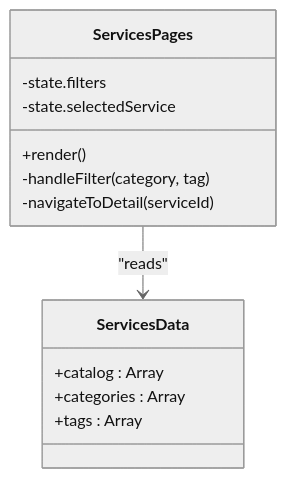
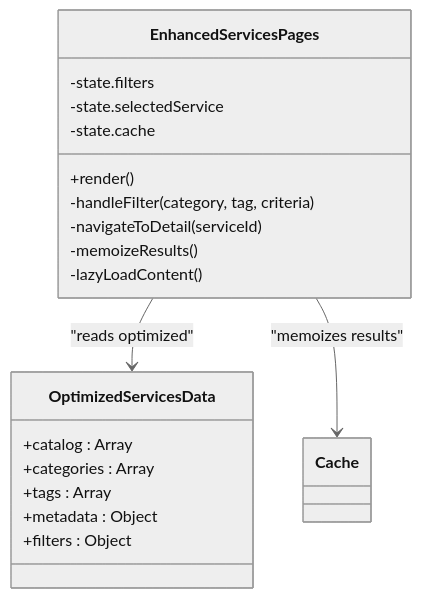
One commit to Theja4/podiummomentum changed the third of 4 diagrams in .qoder/repowiki/en/content/Component Architecture/Service Management Components.md. Above: the diagram before and after it, drawn with Mermaid (neutral theme). The commit also changed other lines of this file and 35 other files, not shown here.

````diff
--- a/.qoder/repowiki/en/content/Component Architecture/Service Management Components.md
+++ b/.qoder/repowiki/en/content/Component Architecture/Service Management Components.md
@@ -122,16 +146,22 @@
 ```mermaid
 classDiagram
-class ServicesPages {
+class EnhancedServicesPages {
 +render()
 -state.filters
 -state.selectedService
--handleFilter(category, tag)
+-state.cache
+-handleFilter(category, tag, criteria)
 -navigateToDetail(serviceId)
+-memoizeResults()
+-lazyLoadContent()
 }
-class ServicesData {
+class OptimizedServicesData {
 +catalog : Array
 +categories : Array
 +tags : Array
++metadata : Object
++filters : Object
 }
-ServicesPages --> ServicesData : "reads"
+EnhancedServicesPages --> OptimizedServicesData : "reads optimized"
+EnhancedServicesPages --> Cache : "memoizes results"
 ```
````
